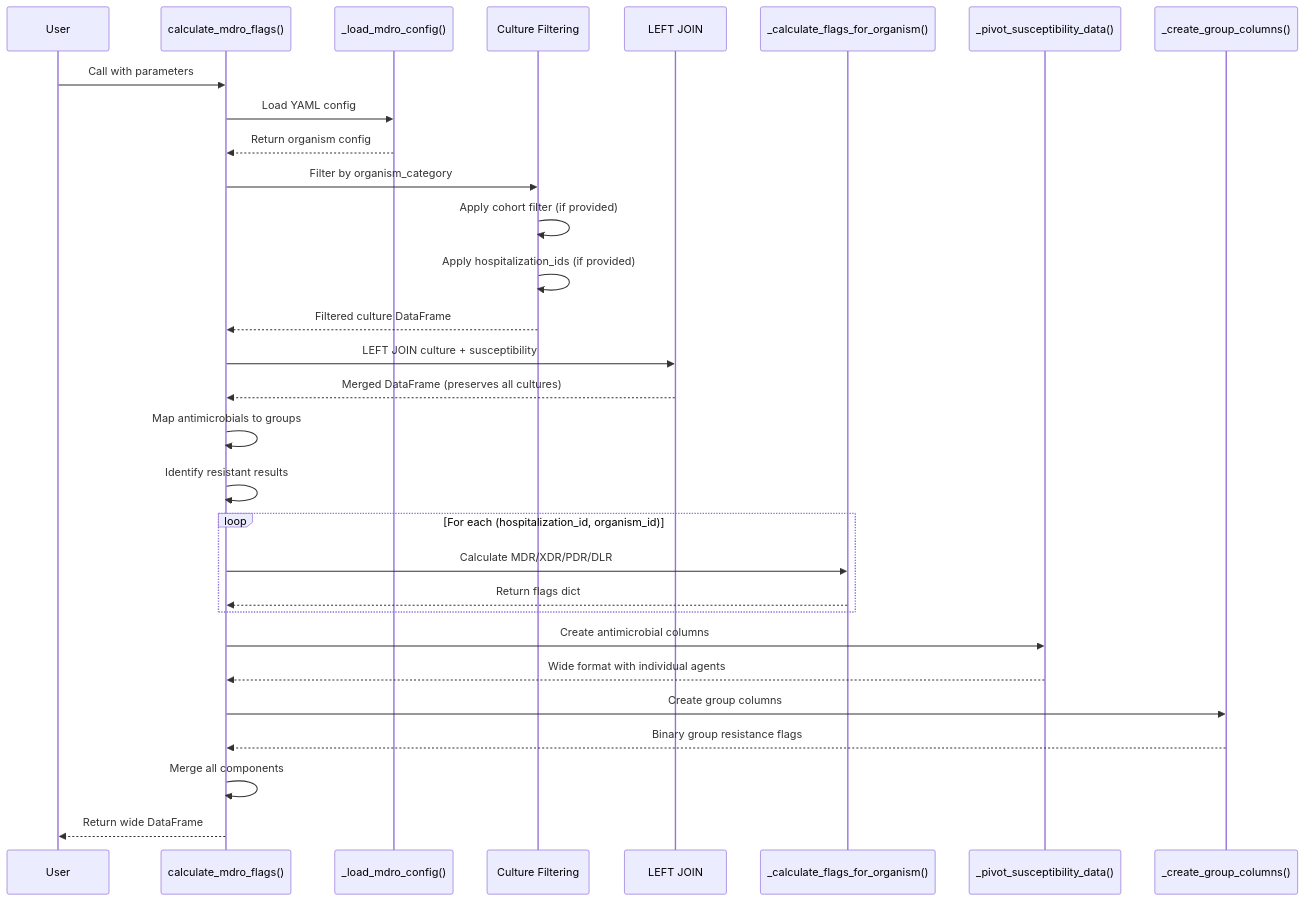
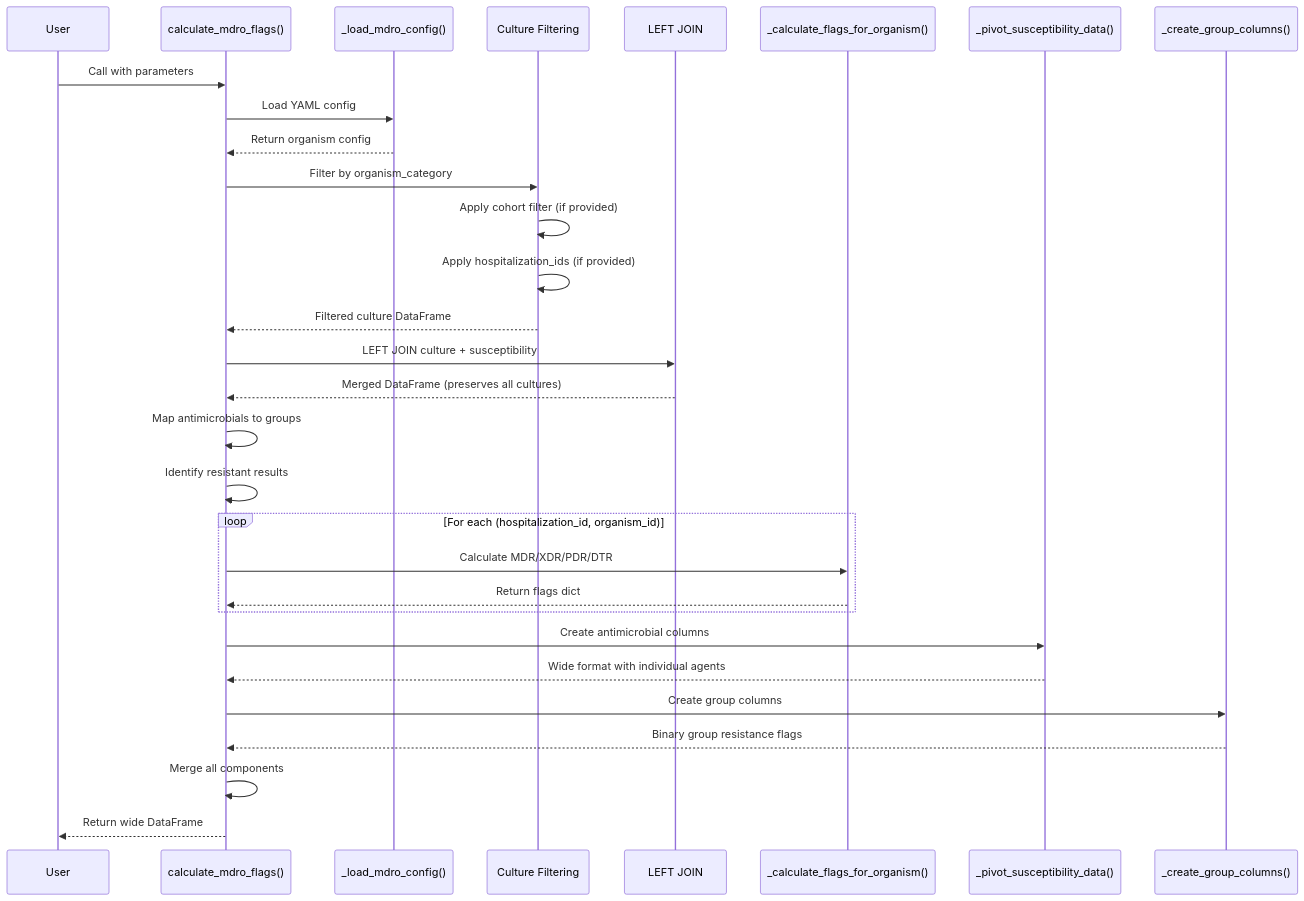
Before and after one commit to Common-Longitudinal-ICU-data-Format/clifpy: the second of 3 diagrams in dev/developer-guide/mdro-flags.md, drawn with Mermaid. The commit also changed other lines of this file and 3 other files, not shown here.

````diff
--- a/dev/developer-guide/mdro-flags.md
+++ b/dev/developer-guide/mdro-flags.md
@@ -84,40 +84,40 @@
 ```mermaid
 sequenceDiagram
     participant User
     participant MainFunc as calculate_mdro_flags()
     participant Config as _load_mdro_config()
     participant CultureFilter as Culture Filtering
     participant Join as LEFT JOIN
     participant FlagCalc as _calculate_flags_for_organism()
     participant Pivot as _pivot_susceptibility_data()
     participant Groups as _create_group_columns()
 
     User->>MainFunc: Call with parameters
     MainFunc->>Config: Load YAML config
     Config-->>MainFunc: Return organism config
 
     MainFunc->>CultureFilter: Filter by organism_category
     CultureFilter->>CultureFilter: Apply cohort filter (if provided)
     CultureFilter->>CultureFilter: Apply hospitalization_ids (if provided)
     CultureFilter-->>MainFunc: Filtered culture DataFrame
 
     MainFunc->>Join: LEFT JOIN culture + susceptibility
     Join-->>MainFunc: Merged DataFrame (preserves all cultures)
 
     MainFunc->>MainFunc: Map antimicrobials to groups
     MainFunc->>MainFunc: Identify resistant results
 
     loop For each (hospitalization_id, organism_id)
-        MainFunc->>FlagCalc: Calculate MDR/XDR/PDR/DLR
+        MainFunc->>FlagCalc: Calculate MDR/XDR/PDR/DTR
         FlagCalc-->>MainFunc: Return flags dict
     end
 
     MainFunc->>Pivot: Create antimicrobial columns
     Pivot-->>MainFunc: Wide format with individual agents
 
     MainFunc->>Groups: Create group columns
     Groups-->>MainFunc: Binary group resistance flags
 
     MainFunc->>MainFunc: Merge all components
     MainFunc-->>User: Return wide DataFrame
 ```
````
